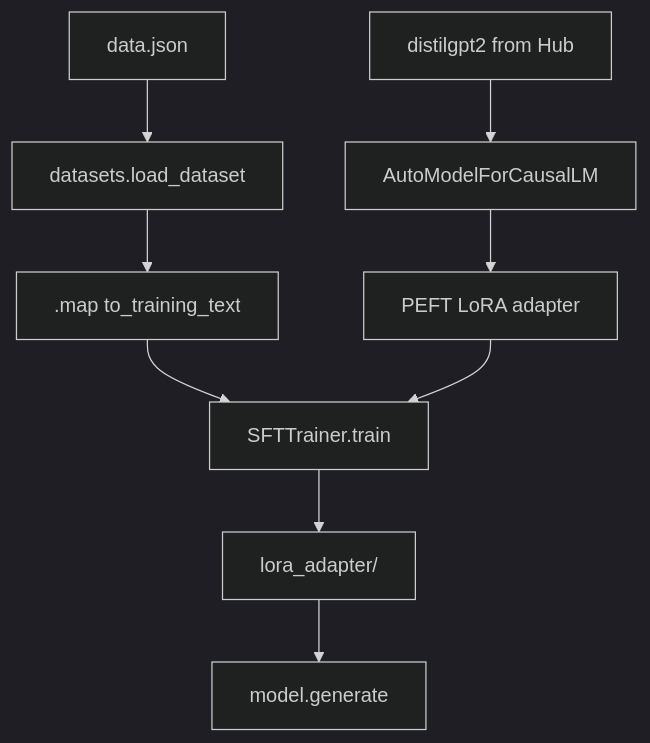
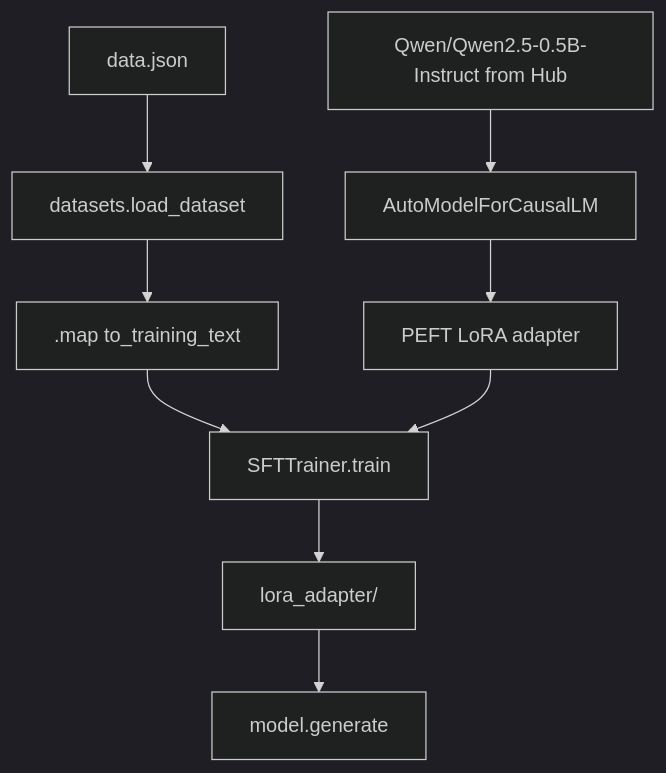
Before and after one commit to lyfofvipin/temp: the diagram in AI/11_pytorch_basics/05_train_model_walkthrough.md, drawn with Mermaid (dark theme). The commit also changed 10 other files, not shown here.

````diff
--- a/AI/11_pytorch_basics/05_train_model_walkthrough.md
+++ b/AI/11_pytorch_basics/05_train_model_walkthrough.md
@@ -111,11 +111,11 @@
 ```mermaid
 flowchart TB
     DATA[data.json] --> DS[datasets.load_dataset]
     DS --> MAP[.map to_training_text]
     MAP --> TRAIN[SFTTrainer.train]
-    HF[distilgpt2 from Hub] --> MODEL[AutoModelForCausalLM]
+    HF[Qwen/Qwen2.5-0.5B-Instruct from Hub] --> MODEL[AutoModelForCausalLM]
     MODEL --> LORA[PEFT LoRA adapter]
     LORA --> TRAIN
     TRAIN --> SAVE[lora_adapter/]
     SAVE --> GEN[model.generate]
 ```
````
